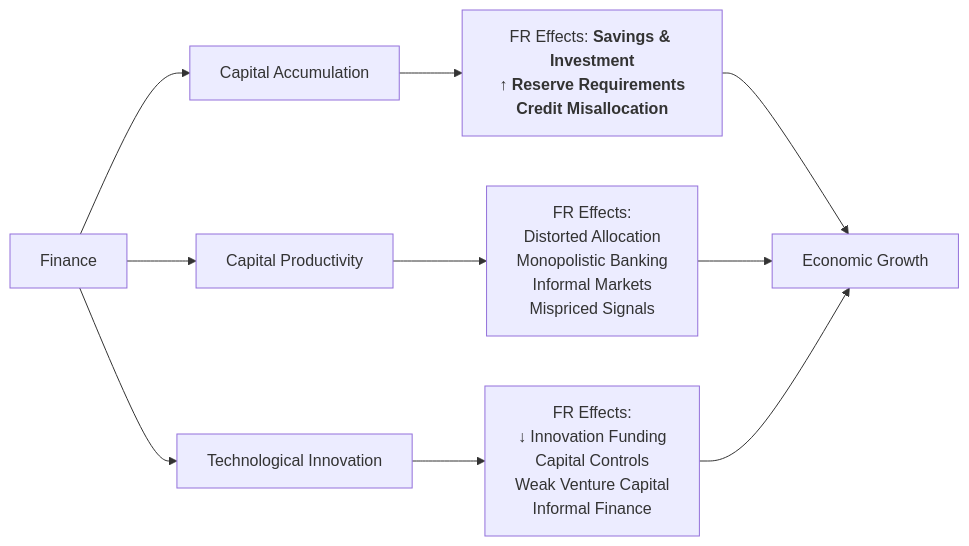
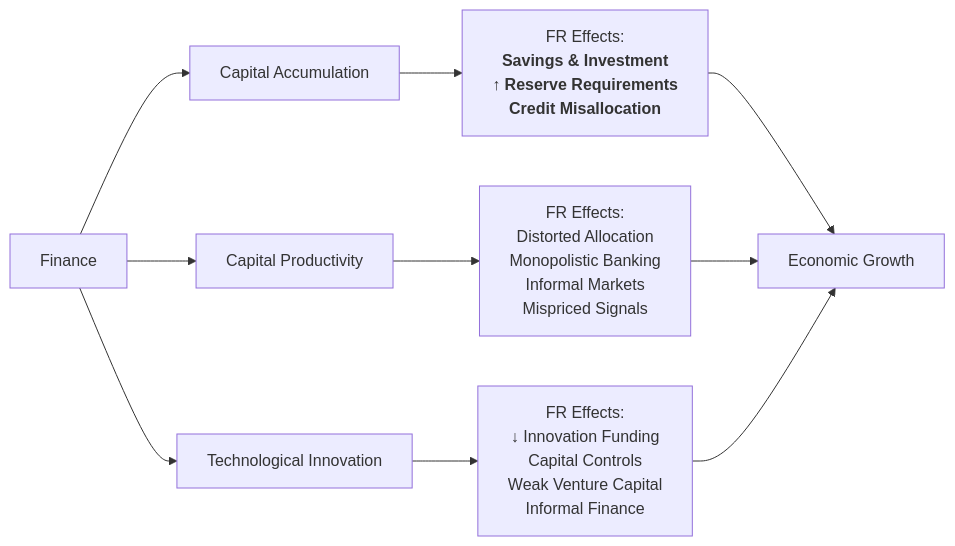
Before and after one commit to Aboutorabi/FR-FD-Gr.md: the diagram in FR-FD&Gr.md, drawn with Mermaid.

````diff
--- a/FR-FD&Gr.md
+++ b/FR-FD&Gr.md
@@ -1,20 +1,20 @@
 ```mermaid
 flowchart LR
     F["Finance"]
 
     %% Channels
     A["Capital Accumulation"]
     B["Capital Productivity"]
     C["Technological Innovation"]
 
     %% FR Effects (multiline, single line per item)
-    A_sub["FR Effects:<b> Savings & Investment\n↑ Reserve Requirements\nCredit Misallocation"]
+    A_sub["FR Effects:<b></br> Savings & Investment\n↑ Reserve Requirements\nCredit Misallocation"]
     B_sub["FR Effects:\nDistorted Allocation\nMonopolistic Banking\nInformal Markets\nMispriced Signals"]
     C_sub["FR Effects:\n↓ Innovation Funding\nCapital Controls\nWeak Venture Capital\nInformal Finance"]
 
     %% Flow connections
     F --> A --> A_sub --> G["Economic Growth"]
     F --> B --> B_sub --> G
     F --> C --> C_sub --> G
 
 ```
````
